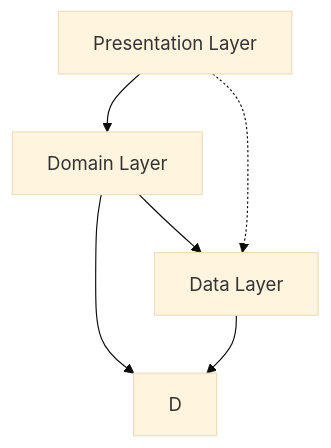
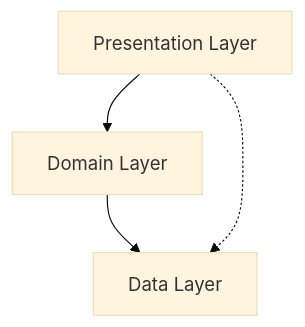
The diagram in README.md (arinjoy/music-hub), drawn with Mermaid (base theme) before and after one commit.

Commit message:
fix documentation diagram

````diff
--- a/README.md
+++ b/README.md
@@ -52,8 +52,6 @@
 ```mermaid
   graph TD;
       A[Presentation Layer] --> B[Domain Layer];
       B-->C[Data Layer];
       A-.->C;
-      B-->D;
-      C-->D;
 ```
````
